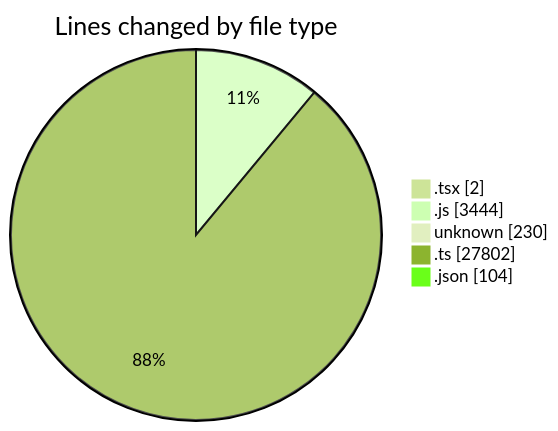
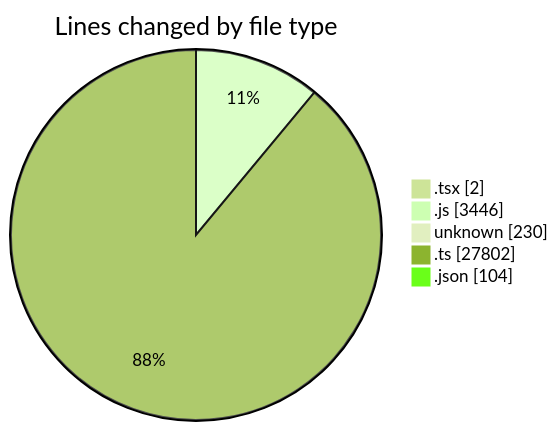
The first of 2 diagrams in 2026-05-06/cda/README.md (momahboobian/code-tracking), drawn with Mermaid (forest theme) before and after one commit. The commit also changed other lines of this file and 1 other file, not shown here.

````diff
--- a/2026-05-06/cda/README.md
+++ b/2026-05-06/cda/README.md
@@ -37,9 +37,9 @@
 ```mermaid
 pie showData
 title Lines changed by file type
 ".tsx" : 2
-".js" : 3444
+".js" : 3446
 "unknown" : 230
 ".ts" : 27802
 ".json" : 104
 ```
````
